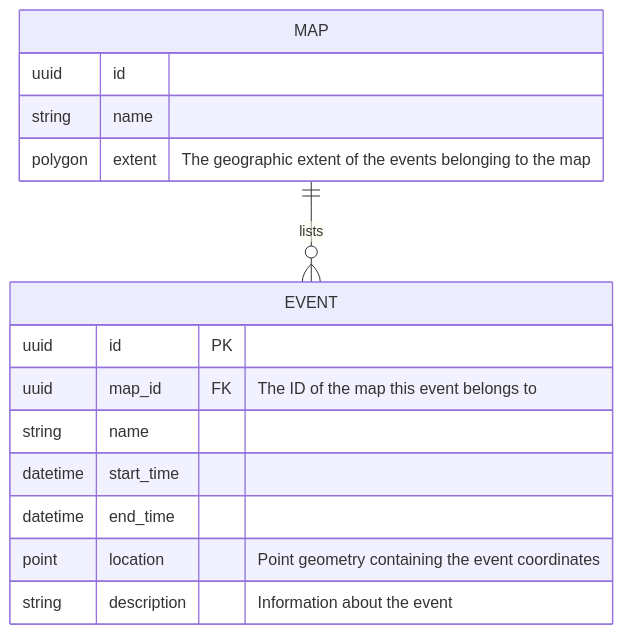
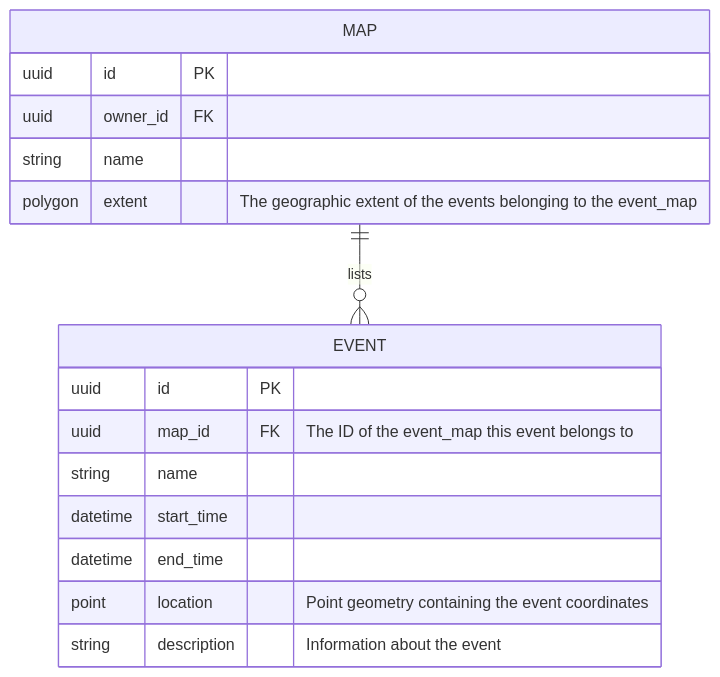
The diagram in docs/DB.md (ShawnToubeau/mapit), drawn with Mermaid before and after one commit. The commit also changed 97 other files, not shown here.

````diff
--- a/docs/DB.md
+++ b/docs/DB.md
@@ -3,18 +3,19 @@
 ```mermaid
 erDiagram
     MAP ||--o{ EVENT : lists
     MAP {
-      uuid id
+      uuid id PK
+      uuid owner_id FK
       string name
-      polygon extent "The geographic extent of the events belonging to the map"
+      polygon extent "The geographic extent of the events belonging to the event_map"
     }
     EVENT {
       uuid id PK
-      uuid map_id FK "The ID of the map this event belongs to"
+      uuid map_id FK "The ID of the event_map this event belongs to"
       string name
       datetime start_time
       datetime end_time
       point location "Point geometry containing the event coordinates"
       string description "Information about the event"
     }
 ```
````
